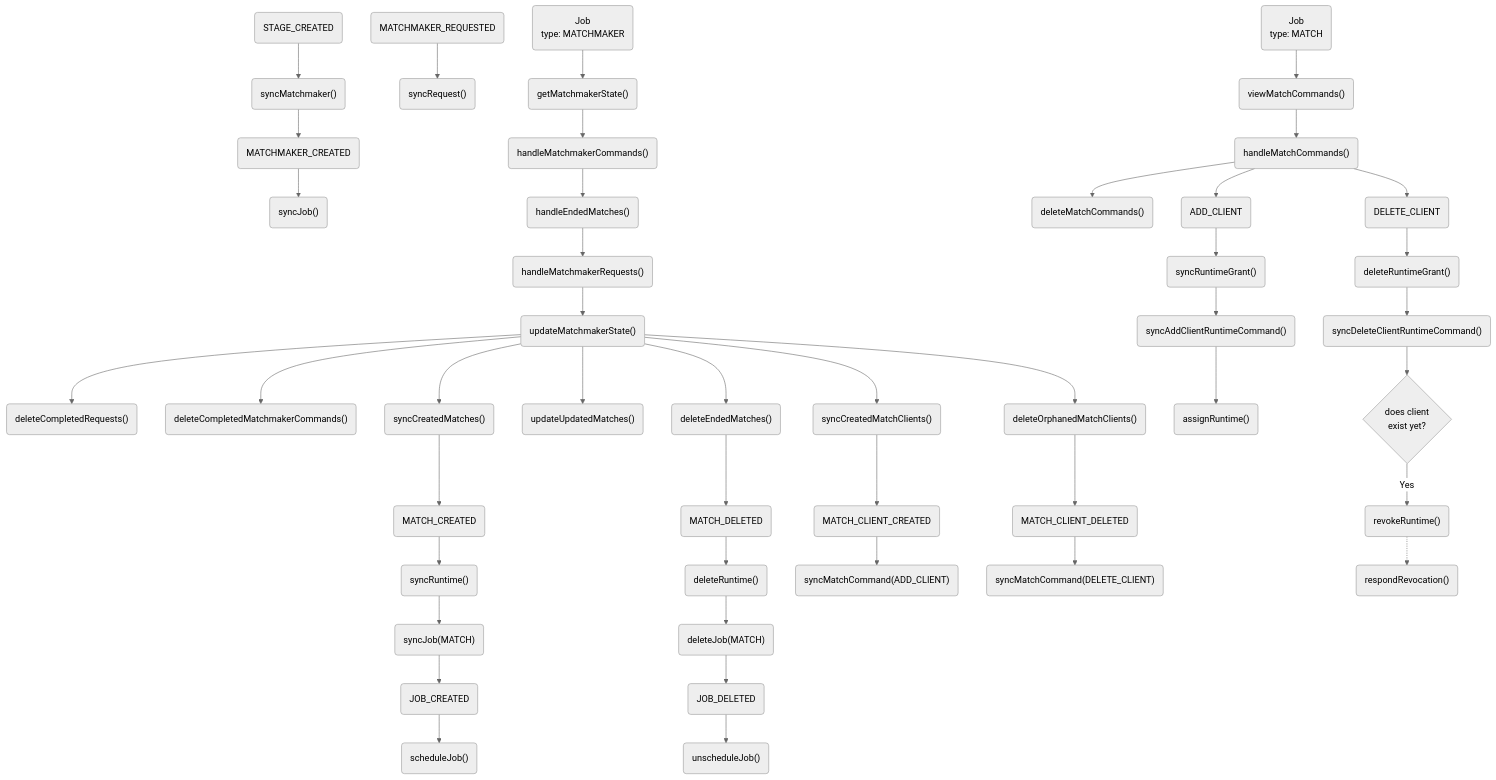
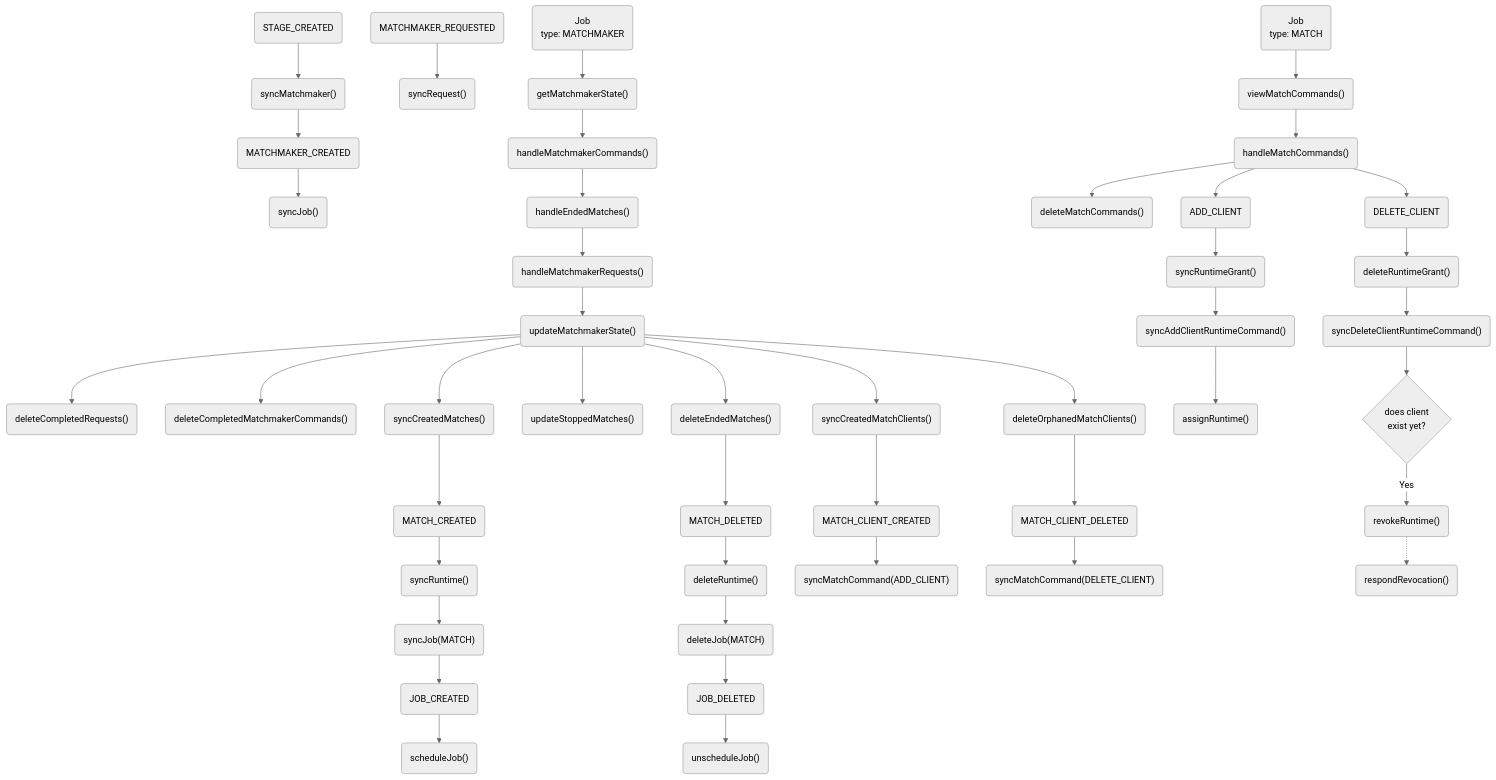
Before and after one commit to OMGSERVERS/omgservers: the diagram in omgservers-documentation/src/Matchmaking.md, drawn with Mermaid (neutral theme). The commit also changed other lines of this file and 9 other files, not shown here.

````diff
--- a/omgservers-documentation/src/Matchmaking.md
+++ b/omgservers-documentation/src/Matchmaking.md
@@ -3,61 +3,61 @@
 ```mermaid
 graph TD;
 
 StageCreated(STAGE_CREATED) --> syncMatchmaker("syncMatchmaker()")
 syncMatchmaker("syncMatchmaker()") --> MatchmakerCreated(MATCHMAKER_CREATED)
 MatchmakerCreated(MATCHMAKER_CREATED) --> syncJob("syncJob()")
 
 MatchmakerRequested(MATCHMAKER_REQUESTED) --> syncRequest("syncRequest()")
 
 MatchmakerJob(Job<br/>type: MATCHMAKER) --> getMatchmakerState("getMatchmakerState()")
 getMatchmakerState("getMatchmakerState()") --> handleMatchmakerCommands("handleMatchmakerCommands()")
 handleMatchmakerCommands("handleMatchmakerCommands()") --> handleEndedMatches("handleEndedMatches()")
 handleEndedMatches("handleEndedMatches()") --> handleMatchmakerRequests("handleMatchmakerRequests()")
 handleMatchmakerRequests("handleMatchmakerRequests()") --> updateMatchmakerState("updateMatchmakerState()")
 
 updateMatchmakerState("updateMatchmakerState()") --> deleteCompletedRequests("deleteCompletedRequests()")
 updateMatchmakerState("updateMatchmakerState()") --> deleteCompletedMatchmakerCommands("deleteCompletedMatchmakerCommands()")
 updateMatchmakerState("updateMatchmakerState()") --> syncCreatedMatches("syncCreatedMatches()")
-updateMatchmakerState("updateMatchmakerState()") --> updateUpdatedMatches("updateUpdatedMatches()")
+updateMatchmakerState("updateMatchmakerState()") --> updateStoppedMatches("updateStoppedMatches()")
 updateMatchmakerState("updateMatchmakerState()") --> deleteEndedMatches("deleteEndedMatches()")
 updateMatchmakerState("updateMatchmakerState()") --> syncCreatedMatchClients("syncCreatedMatchClients()")
 updateMatchmakerState("updateMatchmakerState()") --> deleteOrphanedMatchClients("deleteOrphanedMatchClients()")
 
 syncCreatedMatches("syncCreatedMatches()") --> MatchCreated(MATCH_CREATED)
 deleteEndedMatches("deleteEndedMatches()") --> MatchDeleted(MATCH_DELETED)
 syncCreatedMatchClients("syncCreatedMatchClients()") --> MatchClientCreated(MATCH_CLIENT_CREATED)
 deleteOrphanedMatchClients("deleteOrphanedMatchClients()") --> MatchClientDeleted(MATCH_CLIENT_DELETED)
 
 MatchCreated(MATCH_CREATED) --> syncRuntime("syncRuntime()")
 syncRuntime("syncRuntime()") --> syncMatchJob("syncJob(MATCH)")
 syncMatchJob("syncJob(MATCH)") --> JobCreated(JOB_CREATED)
 
 MatchDeleted(MATCH_DELETED) --> deleteRuntime("deleteRuntime()")
 deleteRuntime("deleteRuntime()") --> deleteMatchJob("deleteJob(MATCH)")
 deleteMatchJob("deleteJob(MATCH)") --> JobDeleted(JOB_DELETED)
 
 MatchClientCreated(MATCH_CLIENT_CREATED) --> syncAddClientMatchCommand("syncMatchCommand(ADD_CLIENT)")
 MatchClientDeleted(MATCH_CLIENT_DELETED) --> syncDeleteClientMatchCommand("syncMatchCommand(DELETE_CLIENT)")
 
 JobCreated(JOB_CREATED) --> scheduleJob("scheduleJob()")
 JobDeleted(JOB_DELETED) --> unscheduleJob("unscheduleJob()")
 
 
 MatchJob(Job<br/>type: MATCH) --> viewMatchCommands("viewMatchCommands()")
 viewMatchCommands("viewMatchCommands()") --> handleMatchCommands("handleMatchCommands()")
 handleMatchCommands("handleMatchCommands()") --> deleteMatchCommands("deleteMatchCommands()")
 
 handleMatchCommands("handleMatchCommands()") --> addClientCommand("ADD_CLIENT")
 handleMatchCommands("handleMatchCommands()") --> deleteClientCommand("DELETE_CLIENT")
 
 addClientCommand("ADD_CLIENT") --> syncRuntimeGrant("syncRuntimeGrant()")
 syncRuntimeGrant("syncRuntimeGrant()") --> syncAddClientRuntimeCommand("syncAddClientRuntimeCommand()")
 syncAddClientRuntimeCommand("syncAddClientRuntimeCommand()") --> assignRuntime("assignRuntime()")
 
 deleteClientCommand("DELETE_CLIENT") --> deleteRuntimeGrant("deleteRuntimeGrant()")
 deleteRuntimeGrant("deleteRuntimeGrant()") --> syncDeleteClientRuntimeCommand("syncDeleteClientRuntimeCommand()")
 syncDeleteClientRuntimeCommand("syncDeleteClientRuntimeCommand()") --> checkClient{"does client</br>exist yet?"}
 checkClient{"does client</br>exist yet?"} -- Yes --> revokeRuntime("revokeRuntime()")
 revokeRuntime("revokeRuntime()") -.-> respondRevocation("respondRevocation()")
 
 ```
````
